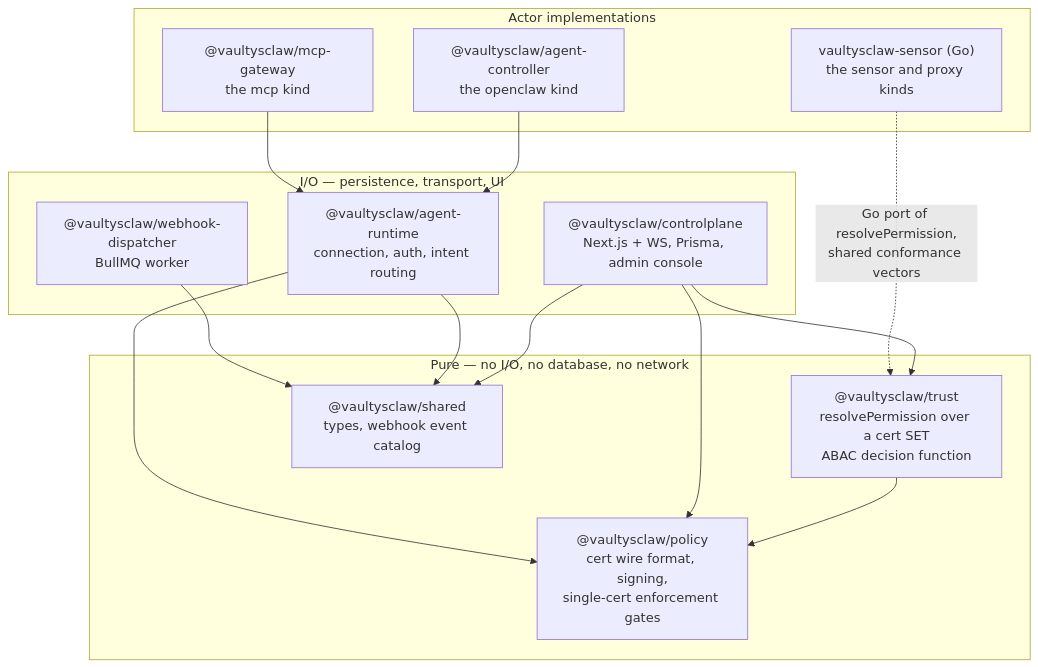
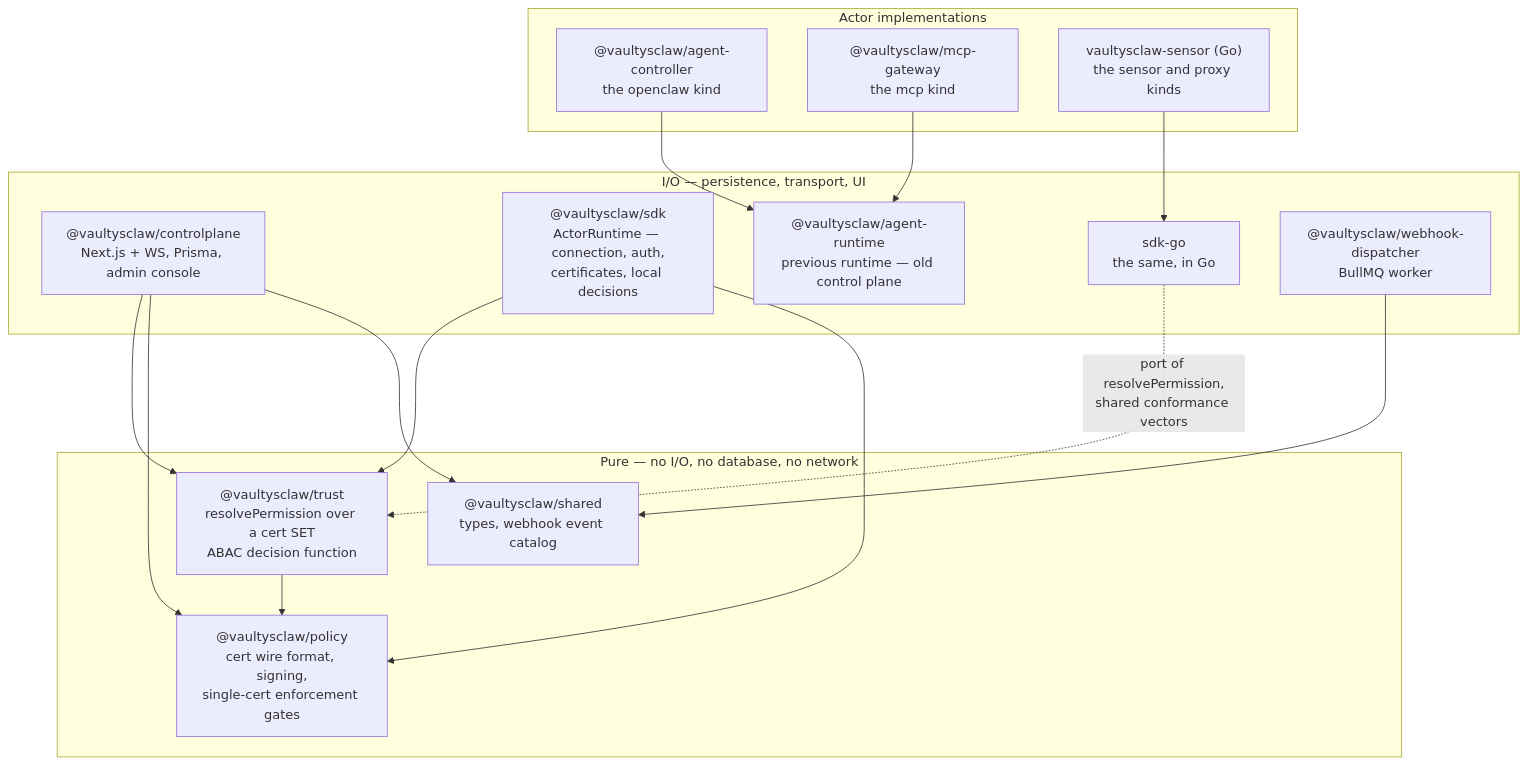
Before and after one commit to vaultys/VaultysClaw: the diagram in docs-site/docs/architecture/overview.md, drawn with Mermaid. The commit also changed other lines of this file and 58 other files, not shown here.

````diff
--- a/docs-site/docs/architecture/overview.md
+++ b/docs-site/docs/architecture/overview.md
@@ -13,31 +13,34 @@
 ```mermaid
 flowchart TD
   subgraph pure["Pure — no I/O, no database, no network"]
     POLICY["@vaultysclaw/policy<br/>cert wire format, signing,<br/>single-cert enforcement gates"]
     TRUST["@vaultysclaw/trust<br/>resolvePermission over a cert SET<br/>ABAC decision function"]
     SHARED["@vaultysclaw/shared<br/>types, webhook event catalog"]
   end
 
   subgraph io["I/O — persistence, transport, UI"]
     CP["@vaultysclaw/controlplane<br/>Next.js + WS, Prisma, admin console"]
-    RUNTIME["@vaultysclaw/agent-runtime<br/>connection, auth, intent routing"]
+    SDK["@vaultysclaw/sdk<br/>ActorRuntime — connection, auth,<br/>certificates, local decisions"]
+    SDKGO["sdk-go<br/>the same, in Go"]
+    OLDRT["@vaultysclaw/agent-runtime<br/>previous runtime — old control plane"]
     DISPATCH["@vaultysclaw/webhook-dispatcher<br/>BullMQ worker"]
   end
 
   subgraph clients["Actor implementations"]
     CONTROLLER["@vaultysclaw/agent-controller<br/>the openclaw kind"]
     GATEWAY["@vaultysclaw/mcp-gateway<br/>the mcp kind"]
     SENSOR["vaultysclaw-sensor (Go)<br/>the sensor and proxy kinds"]
   end
 
   TRUST --> POLICY
   CP --> TRUST
   CP --> POLICY
   CP --> SHARED
-  RUNTIME --> POLICY
-  RUNTIME --> SHARED
+  SDK --> TRUST
+  SDK --> POLICY
+  SDKGO -.->|"port of resolvePermission,<br/>shared conformance vectors"| TRUST
   DISPATCH --> SHARED
-  CONTROLLER --> RUNTIME
-  GATEWAY --> RUNTIME
-  SENSOR -.->|"Go port of resolvePermission,<br/>shared conformance vectors"| TRUST
+  CONTROLLER --> OLDRT
+  GATEWAY --> OLDRT
+  SENSOR --> SDKGO
 ```
````
